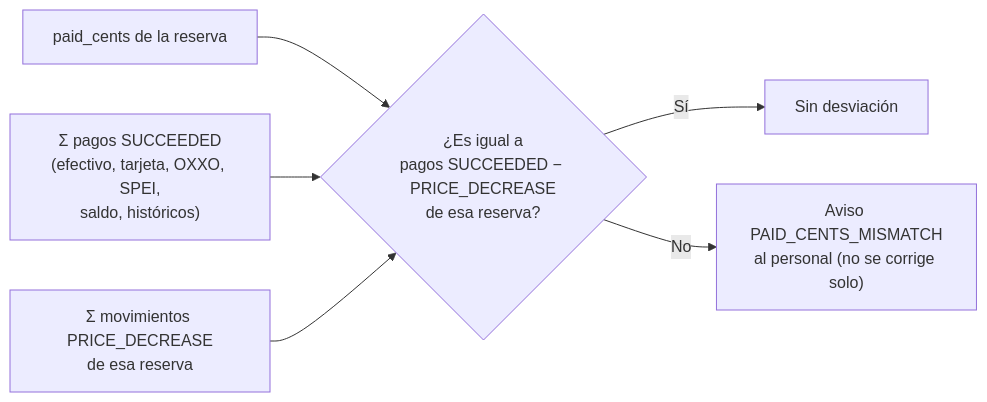
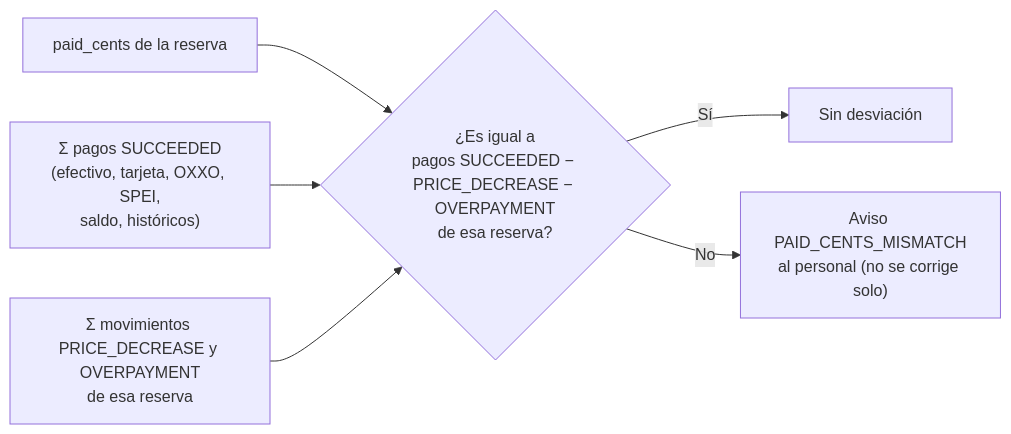
Before and after one commit to erickgs2/ruta_mochilera: the sixth of 17 diagrams in docs/diagrams/payment-flow.md, drawn with Mermaid. The commit also changed other lines of this file and 19 other files, not shown here.

````diff
--- a/docs/diagrams/payment-flow.md
+++ b/docs/diagrams/payment-flow.md
@@ -183,8 +187,8 @@
 ```mermaid
 flowchart LR
-    A["paid_cents de la reserva"] --> D{"¿Es igual a<br/>pagos SUCCEEDED − PRICE_DECREASE<br/>de esa reserva?"}
+    A["paid_cents de la reserva"] --> D{"¿Es igual a<br/>pagos SUCCEEDED − PRICE_DECREASE − OVERPAYMENT<br/>de esa reserva?"}
     B["Σ pagos SUCCEEDED<br/>(efectivo, tarjeta, OXXO, SPEI,<br/>saldo, históricos)"] --> D
-    C["Σ movimientos PRICE_DECREASE<br/>de esa reserva"] --> D
+    C["Σ movimientos PRICE_DECREASE y OVERPAYMENT<br/>de esa reserva"] --> D
     D -- Sí --> OK["Sin desviación"]
     D -- No --> M["Aviso PAID_CENTS_MISMATCH<br/>al personal (no se corrige solo)"]
 ```
````
